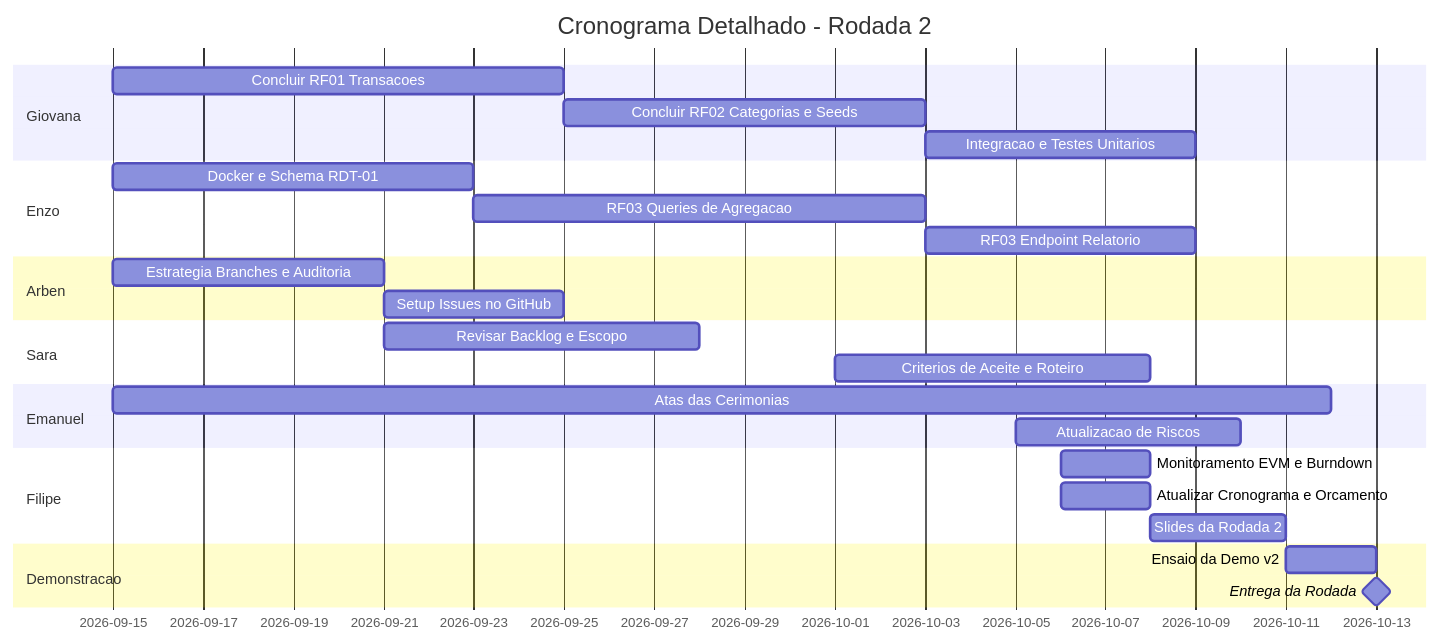
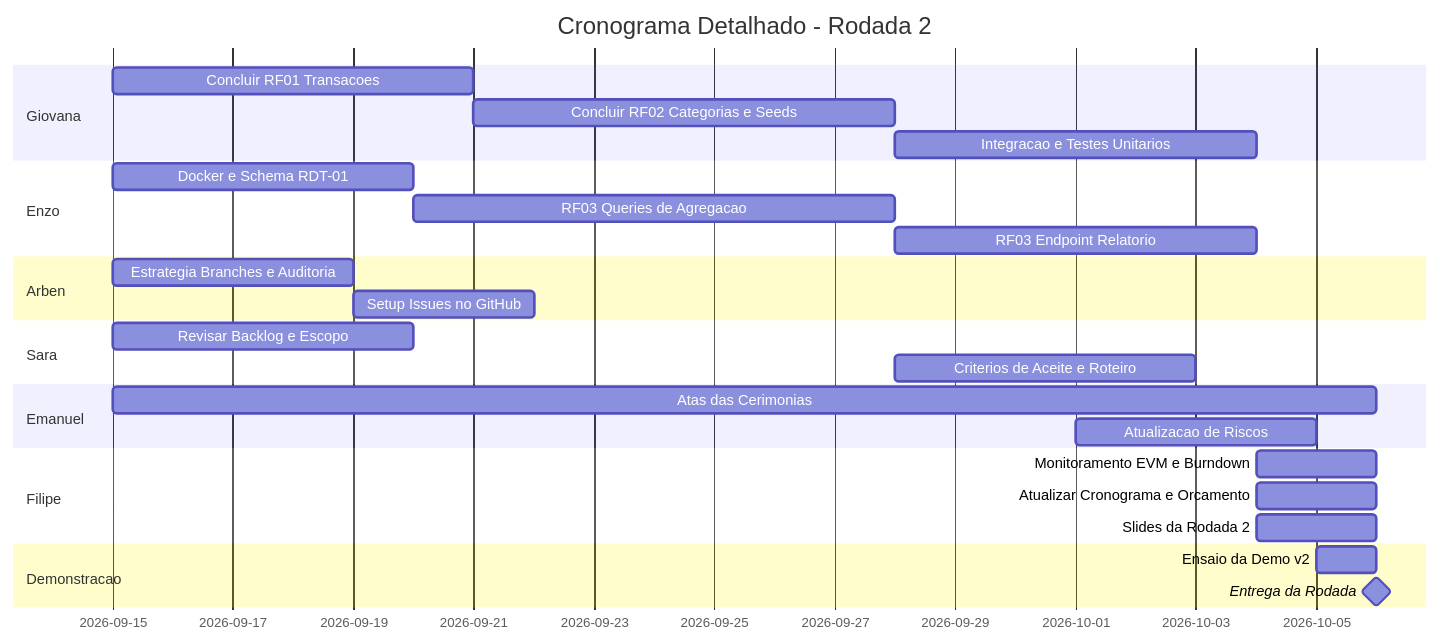
One commit to ArbenTafili/finapp_Uff changed the diagram in docs/plano-projeto/secao-5-cronograma-orcamento.md. Above: the diagram before and after it, drawn with Mermaid.

Commit message:
docs(gestao): finaliza cronograma atualizado com entrega para a data de hoje #14

````diff
--- a/docs/plano-projeto/secao-5-cronograma-orcamento.md
+++ b/docs/plano-projeto/secao-5-cronograma-orcamento.md
@@ -9,36 +9,36 @@
 ```mermaid
 gantt
     title Cronograma Detalhado - Rodada 2
     dateFormat  YYYY-MM-DD
     
     section Giovana
-    Concluir RF01 Transacoes          :a1, 2026-09-15, 10d
-    Concluir RF02 Categorias e Seeds  :a2, after a1, 8d
+    Concluir RF01 Transacoes          :a1, 2026-09-15, 6d
+    Concluir RF02 Categorias e Seeds  :a2, after a1, 7d
     Integracao e Testes Unitarios     :a3, after a2, 6d
     
     section Enzo
-    Docker e Schema RDT-01            :b1, 2026-09-15, 8d
-    RF03 Queries de Agregacao         :b2, after b1, 10d
+    Docker e Schema RDT-01            :b1, 2026-09-15, 5d
+    RF03 Queries de Agregacao         :b2, after b1, 8d
     RF03 Endpoint Relatorio           :b3, after b2, 6d
     
     section Arben
-    Estrategia Branches e Auditoria   :c1, 2026-09-15, 6d
-    Setup Issues no GitHub            :c2, after c1, 4d
+    Estrategia Branches e Auditoria   :c1, 2026-09-15, 4d
+    Setup Issues no GitHub            :c2, after c1, 3d
     
     section Sara
-    Revisar Backlog e Escopo          :d1, 2026-09-21, 7d
-    Criterios de Aceite e Roteiro     :d2, 2026-10-01, 7d
+    Revisar Backlog e Escopo          :d1, 2026-09-15, 5d
+    Criterios de Aceite e Roteiro     :d2, 2026-09-28, 5d
     
     section Emanuel
-    Atas das Cerimonias               :e1, 2026-09-15, 27d
-    Atualizacao de Riscos             :e2, 2026-10-05, 5d
+    Atas das Cerimonias               :e1, 2026-09-15, 21d
+    Atualizacao de Riscos             :e2, 2026-10-01, 4d
     
     section Filipe
-    Monitoramento EVM e Burndown      :f1, 2026-10-06, 2d
-    Atualizar Cronograma e Orcamento  :f2, 2026-10-06, 2d
-    Slides da Rodada 2                :f3, after f1, 3d
+    Monitoramento EVM e Burndown      :f1, 2026-10-04, 2d
+    Atualizar Cronograma e Orcamento  :f2, 2026-10-04, 2d
+    Slides da Rodada 2                :f3, 2026-10-04, 2d
     
     section Demonstracao
-    Ensaio da Demo v2                 :g1, 2026-10-11, 2d
-    Entrega da Rodada                 :milestone, m1, 2026-10-13, 0d
+    Ensaio da Demo v2                 :g1, 2026-10-05, 1d
+    Entrega da Rodada                 :milestone, m1, 2026-10-06, 0d
 ```
````
